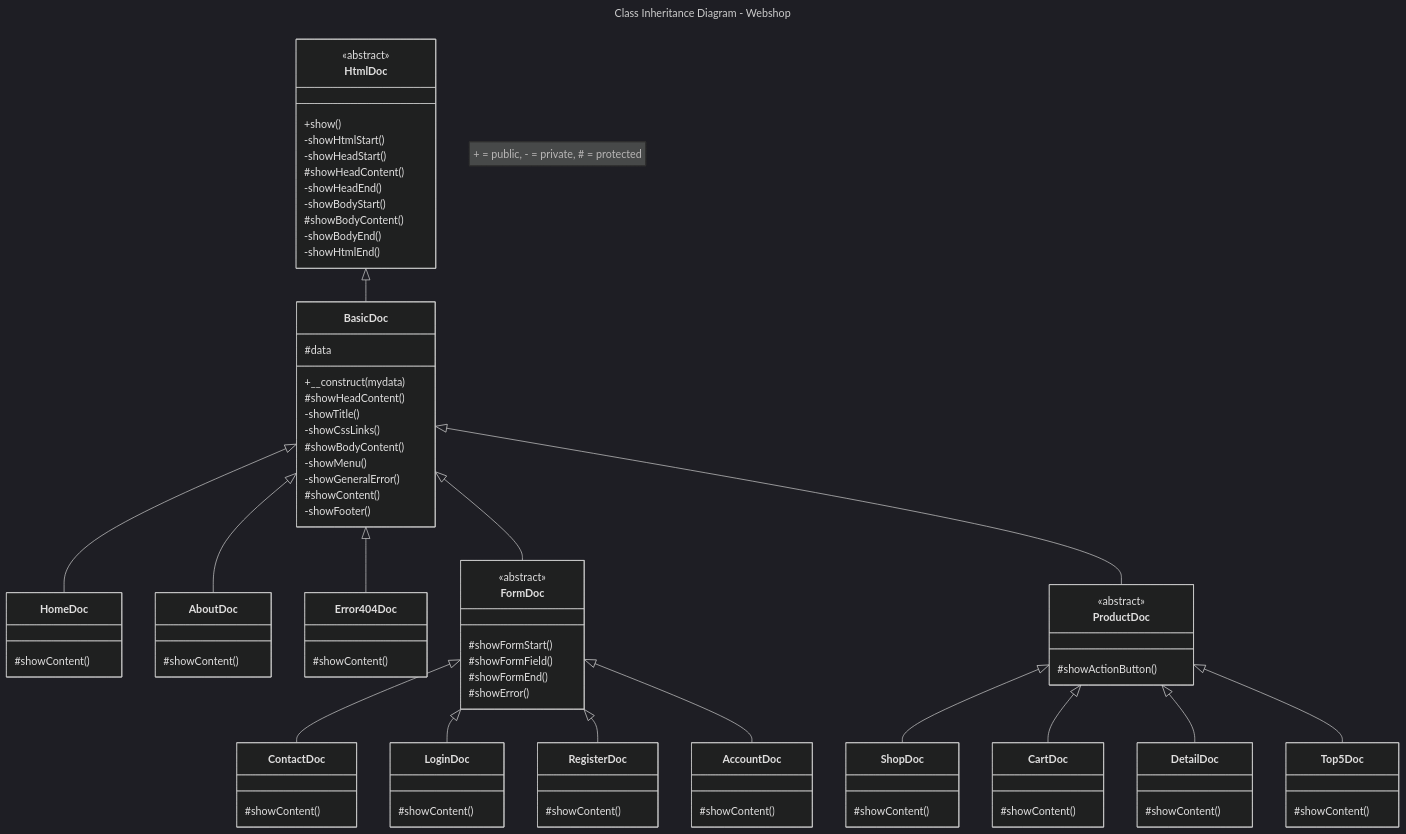
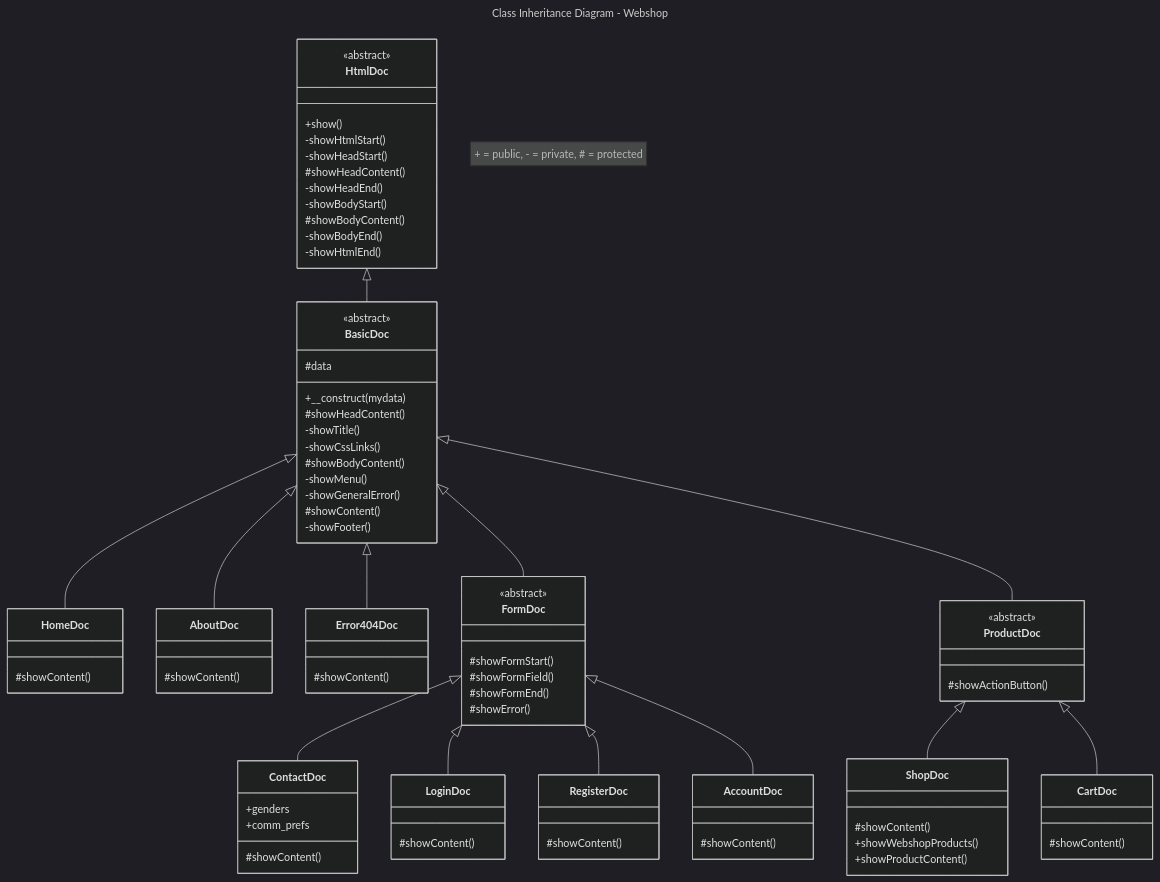
One commit to JeroenHeemskerk/educom-webshop-oop-1713521403 changed the diagram in Diagrams/class-inheritance-diagram-webshop.md. Above: the diagram before and after it, drawn with Mermaid (dark theme).

Commit message:
01A: opdr 4.1, issue 2; edr veranderd naar huidige implementatie

````diff
--- a/Diagrams/class-inheritance-diagram-webshop.md
+++ b/Diagrams/class-inheritance-diagram-webshop.md
@@ -19,10 +19,7 @@
     FormDoc <|-- AccountDoc
 
     ProductDoc <|-- ShopDoc
-    ProductDoc <|-- CartDoc
-    ProductDoc <|-- DetailDoc
-    ProductDoc <|-- Top5Doc
-    
+    ProductDoc <|-- CartDoc    
 
     class HtmlDoc{
         <<abstract>>
@@ -37,6 +34,7 @@
        -showHtmlEnd()
     }
     class BasicDoc{
+        <<abstract>>
         #data 
         +__construct(mydata)
         #showHeadContent()
@@ -65,6 +63,8 @@
         #showError()
     }
     class ContactDoc{
+        +genders
+        +comm_prefs
         #showContent()
     }
     class LoginDoc{
@@ -82,16 +82,11 @@
     }
     class ShopDoc{
         #showContent()
-    }
-    class DetailDoc{
-        #showContent()
+        +showWebshopProducts()
+        +showProductContent()
     }
     class CartDoc{
         #showContent()
     }
-    class Top5Doc{
-        #showContent()
-    }
-
 
 ```
````
